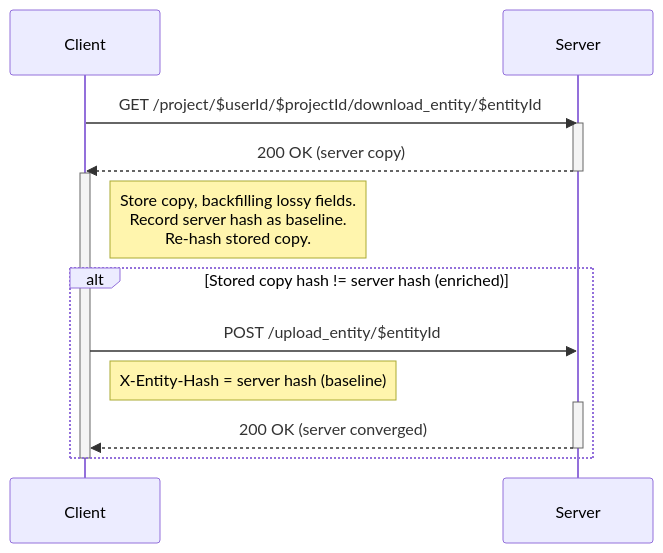
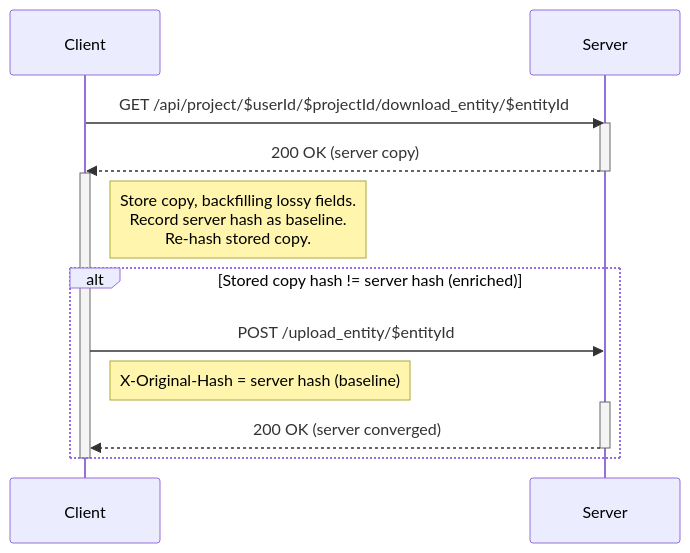
The sixth of 11 diagrams in docs/SYNCING-PROTOCOL.md (Darkrock-Studios/hammer-editor), drawn with Mermaid before and after one commit. The commit also changed other lines of this file, not shown here.

````diff
--- a/docs/SYNCING-PROTOCOL.md
+++ b/docs/SYNCING-PROTOCOL.md
@@ -338,20 +350,20 @@
 ```mermaid
 sequenceDiagram
 	participant Client
 	participant Server
-	Client ->> Server: GET /project/$userId/$projectId/download_entity/$entityId
+	Client ->> Server: GET /api/project/$userId/$projectId/download_entity/$entityId
 	activate Server
 	Server -->> Client: 200 OK (server copy)
 	deactivate Server
 	activate Client
 	Note right of Client: Store copy, backfilling lossy fields.<br/>Record server hash as baseline.<br/>Re-hash stored copy.
 
 	alt Stored copy hash != server hash (enriched)
 		Client ->> Server: POST /upload_entity/$entityId
-		Note right of Client: X-Entity-Hash = server hash (baseline)
+		Note right of Client: X-Original-Hash = server hash (baseline)
 		activate Server
 		Server -->> Client: 200 OK (server converged)
 		deactivate Server
 	end
 	deactivate Client
 ```
````
